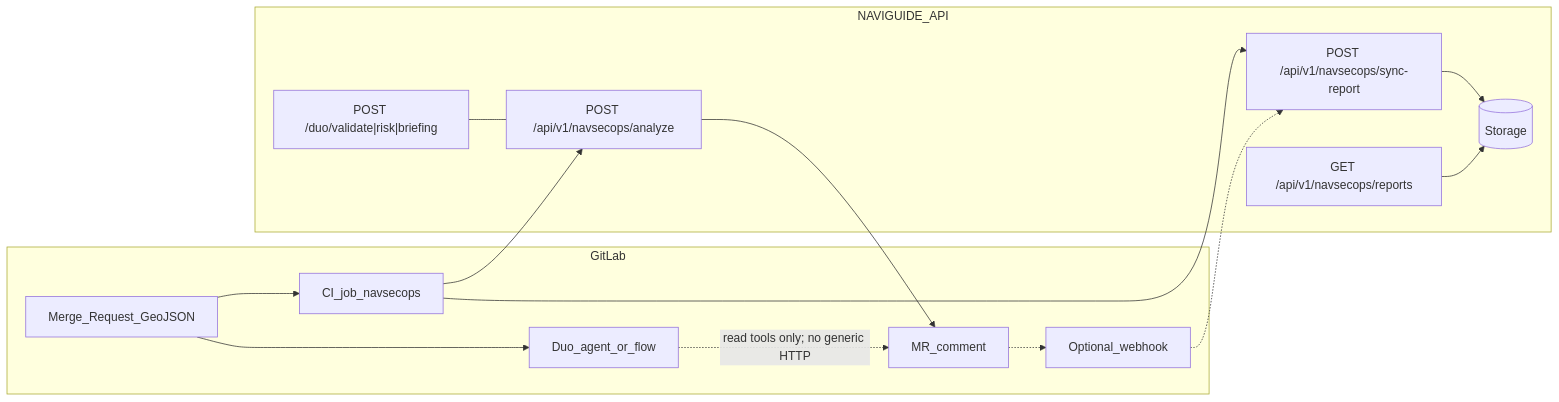
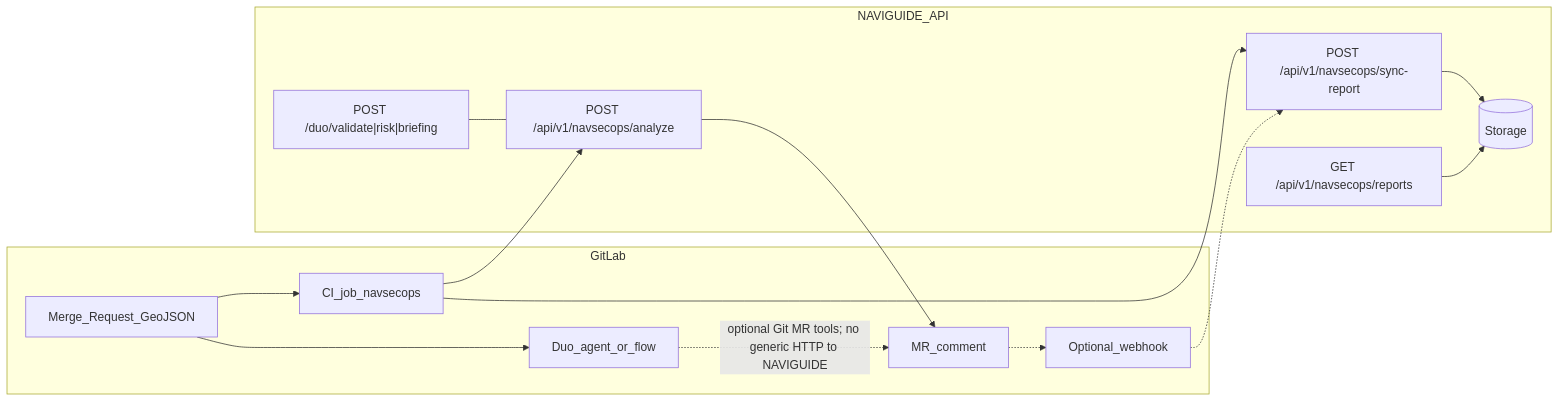
The diagram in docs/NAVSECOPS_TECHNICAL_ROADMAP.md (NAVIGUIDE-for-Berry-Mappemonde/naviguide), drawn with Mermaid before and after one commit. The commit also changed other lines of this file and 2 other files, not shown here.

First line of the commit message:
feat(duo): GeoJSON vs main compare, optional MR tools, roadmap §9

````diff
--- a/docs/NAVSECOPS_TECHNICAL_ROADMAP.md
+++ b/docs/NAVSECOPS_TECHNICAL_ROADMAP.md
@@ -16,28 +16,28 @@
 ```mermaid
 flowchart LR
   subgraph gitlab [GitLab]
     MR[Merge_Request_GeoJSON]
     CI[CI_job_navsecops]
     Duo[Duo_agent_or_flow]
     Comment[MR_comment]
     WH[Optional_webhook]
   end
   subgraph nav [NAVIGUIDE_API]
     A["POST /api/v1/navsecops/analyze"]
     Sync["POST /api/v1/navsecops/sync-report"]
     GET["GET /api/v1/navsecops/reports"]
     Legacy["POST /duo/validate|risk|briefing"]
     DB[(Storage)]
   end
   MR --> CI
   MR --> Duo
   CI --> A
   A --> Comment
   CI --> Sync
   Sync --> DB
   GET --> DB
-  Duo -.->|read tools only; no generic HTTP| Comment
+  Duo -.->|optional Git MR tools; no generic HTTP to NAVIGUIDE| Comment
   Comment -.-> WH
   WH -.-> Sync
   Legacy --- A
 ```
````
